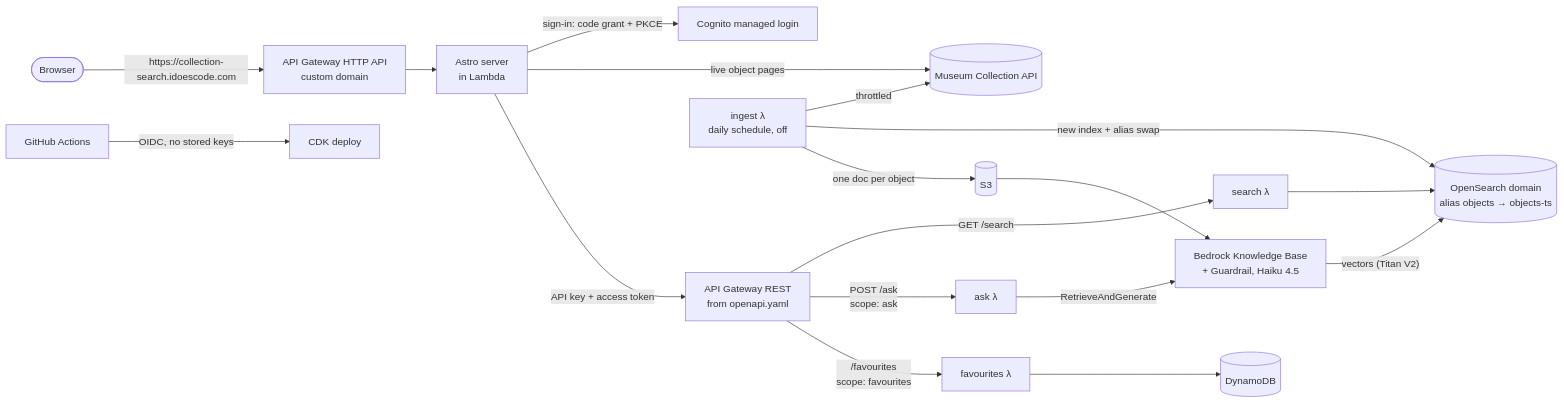
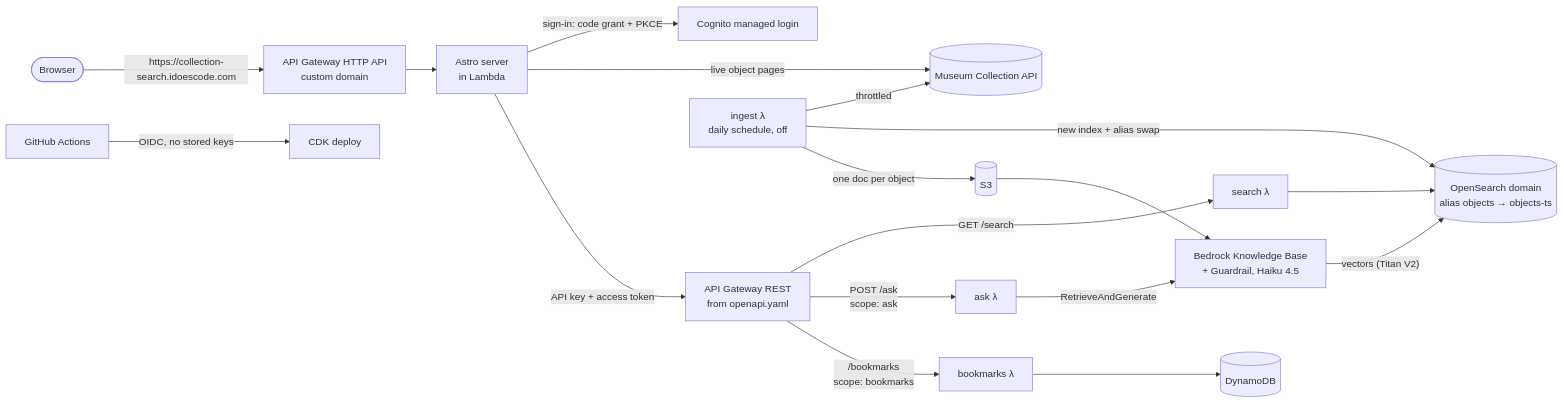
The diagram in README.md (petikehc/collection-search-demo), drawn with Mermaid before and after one commit. The commit also changed other lines of this file and 28 other files, not shown here.

````diff
--- a/README.md
+++ b/README.md
@@ -20,23 +20,23 @@
 ```mermaid
 flowchart LR
   user([Browser]) -- "https://collection-search.idoescode.com" --> site[API Gateway HTTP API<br/>custom domain]
   site --> web["Astro server<br/>in Lambda"]
   web -- "sign-in: code grant + PKCE" --> cognito[Cognito managed login]
   web -- "live object pages" --> nma[(Museum Collection API)]
   web -- "API key + access token" --> apigw[API Gateway REST<br/>from openapi.yaml]
 
   apigw -- "GET /search" --> search[search λ]
   apigw -- "POST /ask<br/>scope: ask" --> ask[ask λ]
-  apigw -- "/favourites<br/>scope: favourites" --> fav[favourites λ]
+  apigw -- "/bookmarks<br/>scope: bookmarks" --> fav[bookmarks λ]
 
   search --> os[(OpenSearch domain<br/>alias objects → objects-ts)]
   ask -- RetrieveAndGenerate --> kb[Bedrock Knowledge Base<br/>+ Guardrail, Haiku 4.5]
   kb -- "vectors (Titan V2)" --> os
   fav --> ddb[(DynamoDB)]
 
   ingest[ingest λ<br/>daily schedule, off] -- throttled --> nma
   ingest -- "new index + alias swap" --> os
   ingest -- "one doc per object" --> s3[(S3)] --> kb
 
   gha[GitHub Actions] -- "OIDC, no stored keys" --> cdk[CDK deploy]
 ```
````
